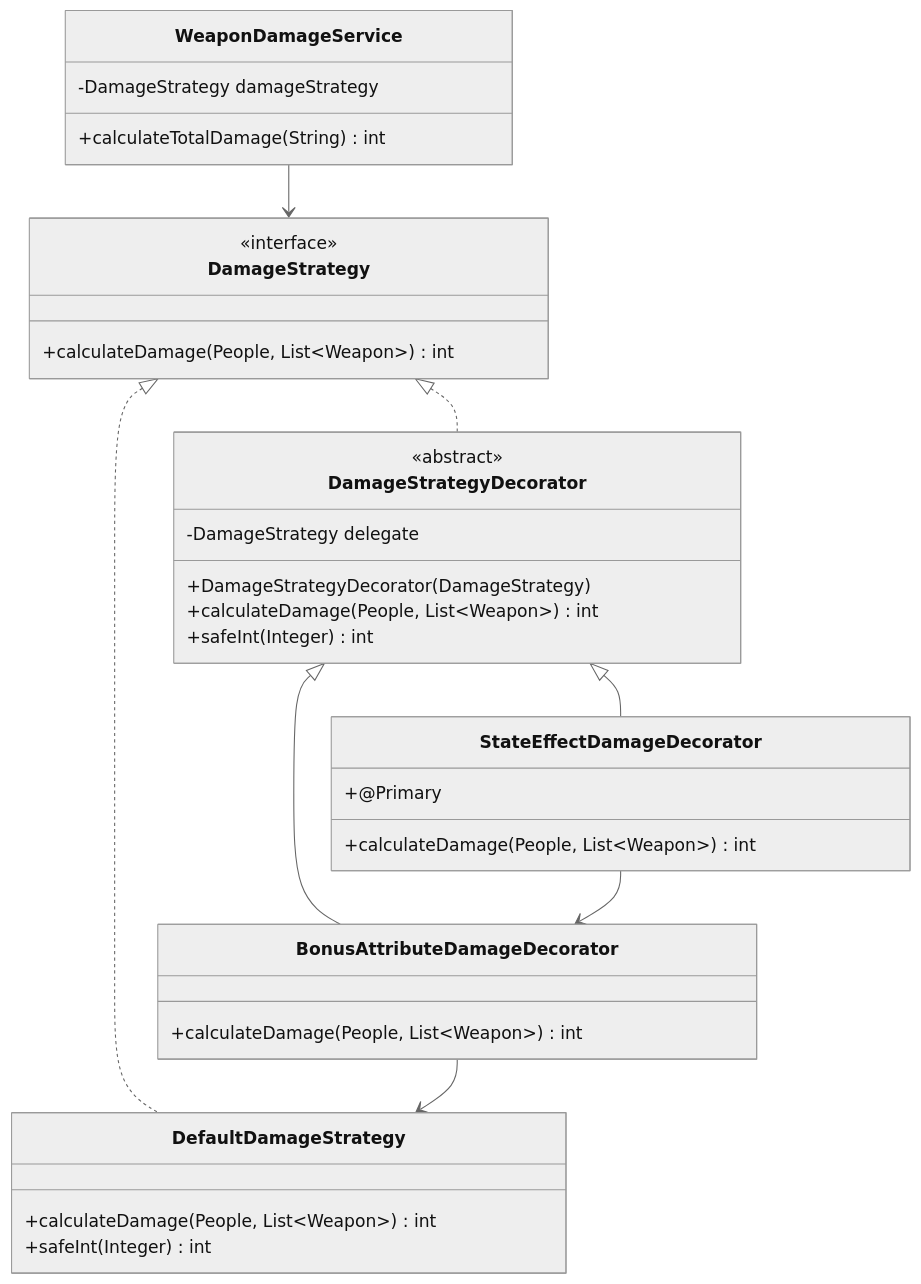
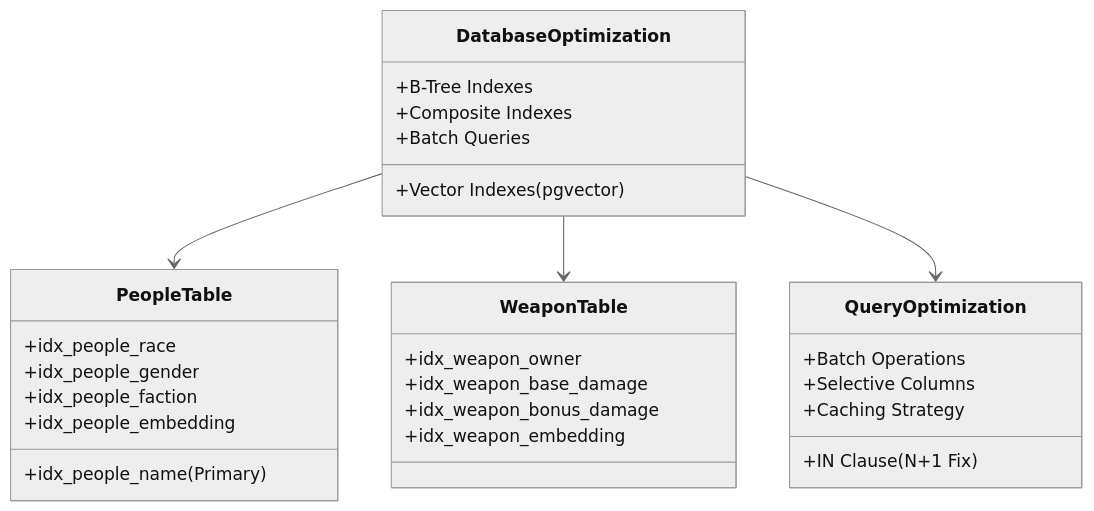
One commit to Vinskao/ty-multiverse-backend changed the third of 10 diagrams in README.md. Above: the diagram before and after it, drawn with Mermaid (neutral theme). The commit also changed other lines of this file and 6 other files, not shown here.

````diff
--- a/README.md
+++ b/README.md
@@ -248,42 +87,35 @@
 ```mermaid
 classDiagram
-    class DamageStrategy {
-        <<interface>>
-        +calculateDamage(People, List~Weapon~) int
+    class DatabaseOptimization {
+        +B-Tree Indexes
+        +Composite Indexes
+        +Vector Indexes (pgvector)
+        +Batch Queries
     }
     
-    class DefaultDamageStrategy {
-        +calculateDamage(People, List~Weapon~) int
-        +safeInt(Integer) int
+    class PeopleTable {
+        +idx_people_name (Primary)
+        +idx_people_race
+        +idx_people_gender
+        +idx_people_faction
+        +idx_people_embedding
     }
     
-    class DamageStrategyDecorator {
-        <<abstract>>
-        -DamageStrategy delegate
-        +DamageStrategyDecorator(DamageStrategy)
-        +calculateDamage(People, List~Weapon~) int
-        +safeInt(Integer) int
+    class WeaponTable {
+        +idx_weapon_owner
+        +idx_weapon_base_damage
+        +idx_weapon_bonus_damage
+        +idx_weapon_embedding
     }
     
-    class BonusAttributeDamageDecorator {
-        +calculateDamage(People, List~Weapon~) int
+    class QueryOptimization {
+        +IN Clause (N+1 Fix)
+        +Batch Operations
+        +Selective Columns
+        +Caching Strategy
     }
     
-    class StateEffectDamageDecorator {
-        +@Primary
-        +calculateDamage(People, List~Weapon~) int
-    }
-    
-    class WeaponDamageService {
-        -DamageStrategy damageStrategy
-        +calculateTotalDamage(String) int
-    }
-    
-    DamageStrategy <|.. DefaultDamageStrategy
-    DamageStrategy <|.. DamageStrategyDecorator
-    DamageStrategyDecorator <|-- BonusAttributeDamageDecorator
-    DamageStrategyDecorator <|-- StateEffectDamageDecorator
-    BonusAttributeDamageDecorator --> DefaultDamageStrategy
-    StateEffectDamageDecorator --> BonusAttributeDamageDecorator
-    WeaponDamageService --> DamageStrategy
+    DatabaseOptimization --> PeopleTable
+    DatabaseOptimization --> WeaponTable
+    DatabaseOptimization --> QueryOptimization
 ```
````
